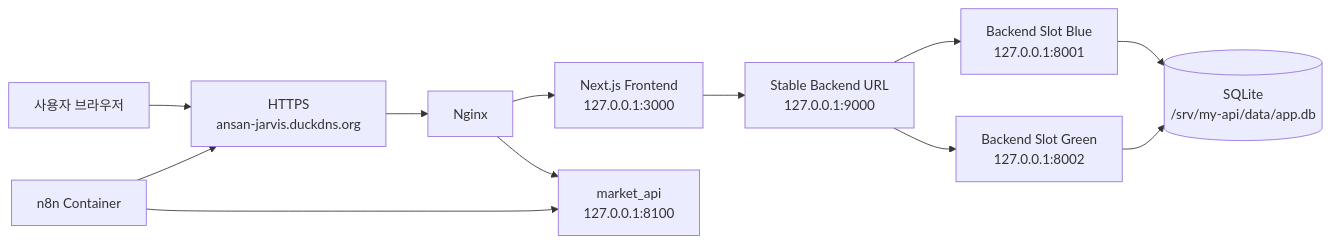
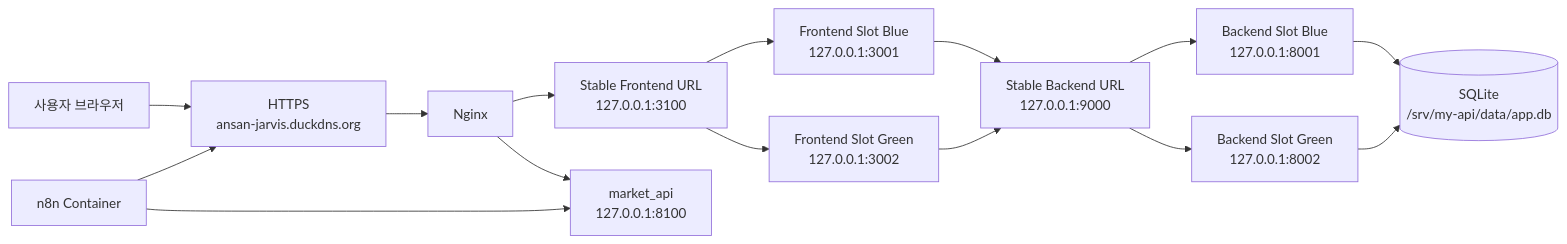
Before and after one commit to shinymjg77-ux/my-api: the first of 4 diagrams in docs/system-overview.md, drawn with Mermaid. The commit also changed other lines of this file and 19 other files, not shown here.

Commit message:
Add frontend dual-slot deployment flow

````diff
--- a/docs/system-overview.md
+++ b/docs/system-overview.md
@@ -17,14 +17,17 @@
 ```mermaid
 flowchart LR
     User[사용자 브라우저] --> HTTPS[HTTPS\nansan-jarvis.duckdns.org]
     HTTPS --> Nginx[Nginx]
-    Nginx --> Frontend[Next.js Frontend\n127.0.0.1:3000]
-    Frontend --> StableBackend[Stable Backend URL\n127.0.0.1:9000]
-    StableBackend --> Blue[Backend Slot Blue\n127.0.0.1:8001]
-    StableBackend --> Green[Backend Slot Green\n127.0.0.1:8002]
+    Nginx --> StableFrontend[Stable Frontend URL\n127.0.0.1:3100]
+    StableFrontend --> FrontBlue[Frontend Slot Blue\n127.0.0.1:3001]
+    StableFrontend --> FrontGreen[Frontend Slot Green\n127.0.0.1:3002]
+    FrontBlue --> StableBackend[Stable Backend URL\n127.0.0.1:9000]
+    FrontGreen --> StableBackend
+    StableBackend --> BackBlue[Backend Slot Blue\n127.0.0.1:8001]
+    StableBackend --> BackGreen[Backend Slot Green\n127.0.0.1:8002]
     Nginx --> Market[market_api\n127.0.0.1:8100]
-    Blue --> SQLite[(SQLite\n/srv/my-api/data/app.db)]
-    Green --> SQLite
+    BackBlue --> SQLite[(SQLite\n/srv/my-api/data/app.db)]
+    BackGreen --> SQLite
     n8n[n8n Container] --> HTTPS
     n8n --> Market
 ```
````
